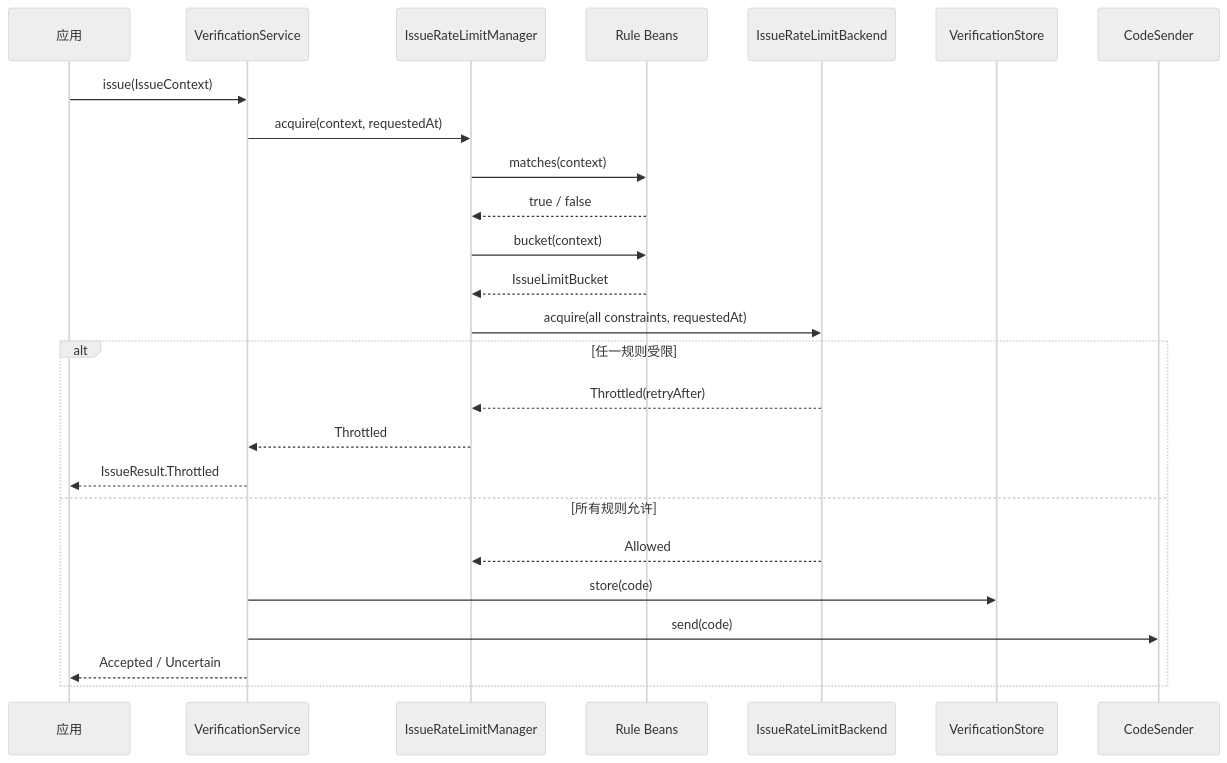
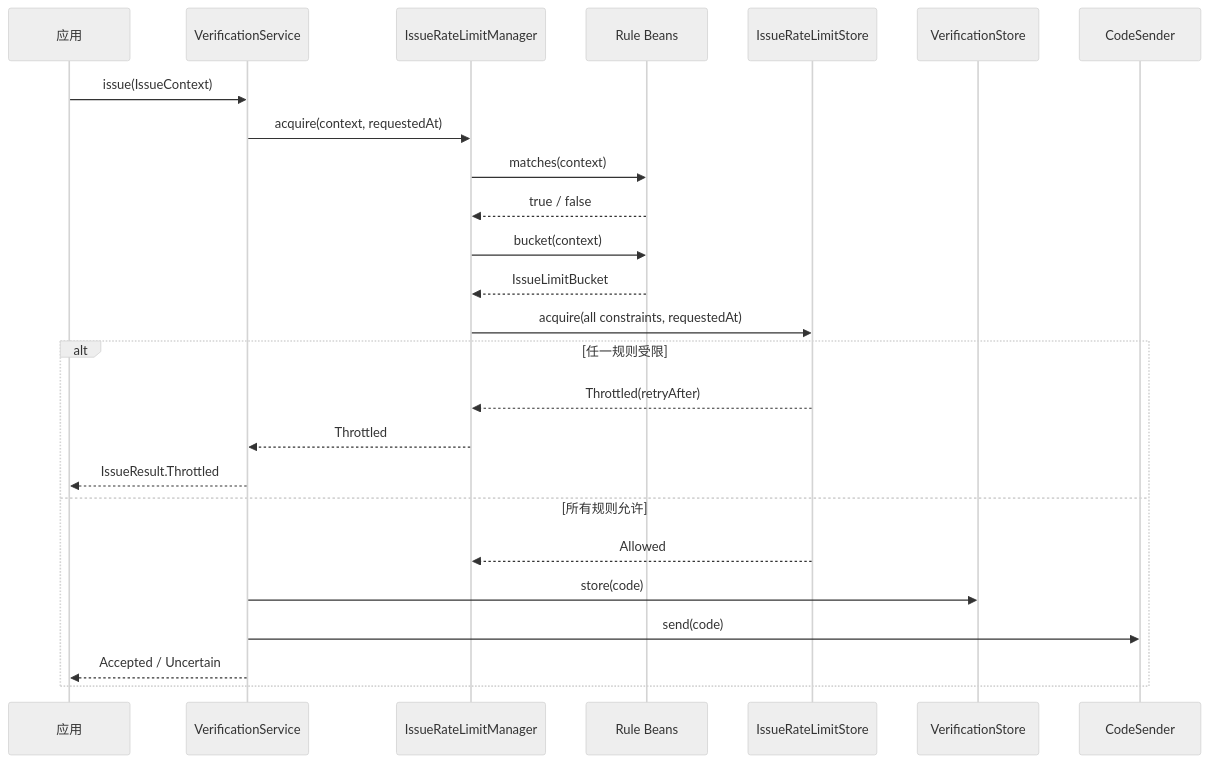
Before and after one commit to RingoTangs/ringo-boot: the second of 2 diagrams in ringo-boot-core/src/main/java/io/github/ringotangs/ringoboot/verification/limit/README.md, drawn with Mermaid (neutral theme). The commit also changed other lines of this file and 17 other files, not shown here.

First line of the commit message:
Refactor rate limiting infrastructure: Rename backend to store and implement InMemoryIssueRateLimitStore

````diff
--- a/ringo-boot-core/src/main/java/io/github/ringotangs/ringoboot/verification/limit/README.md
+++ b/ringo-boot-core/src/main/java/io/github/ringotangs/ringoboot/verification/limit/README.md
@@ -146,28 +149,28 @@
 ```mermaid
 sequenceDiagram
     participant App as 应用
     participant Service as VerificationService
     participant Manager as IssueRateLimitManager
     participant Rule as Rule Beans
-    participant Backend as IssueRateLimitBackend
-    participant Store as VerificationStore
+    participant LimitStore as IssueRateLimitStore
+    participant CodeStore as VerificationStore
     participant Sender as CodeSender
 
     App->>Service: issue(IssueContext)
     Service->>Manager: acquire(context, requestedAt)
     Manager->>Rule: matches(context)
     Rule-->>Manager: true / false
     Manager->>Rule: bucket(context)
     Rule-->>Manager: IssueLimitBucket
-    Manager->>Backend: acquire(all constraints, requestedAt)
+    Manager->>LimitStore: acquire(all constraints, requestedAt)
     alt 任一规则受限
-        Backend-->>Manager: Throttled(retryAfter)
+        LimitStore-->>Manager: Throttled(retryAfter)
         Manager-->>Service: Throttled
         Service-->>App: IssueResult.Throttled
     else 所有规则允许
-        Backend-->>Manager: Allowed
-        Service->>Store: store(code)
+        LimitStore-->>Manager: Allowed
+        Service->>CodeStore: store(code)
         Service->>Sender: send(code)
         Service-->>App: Accepted / Uncertain
     end
 ```
````
